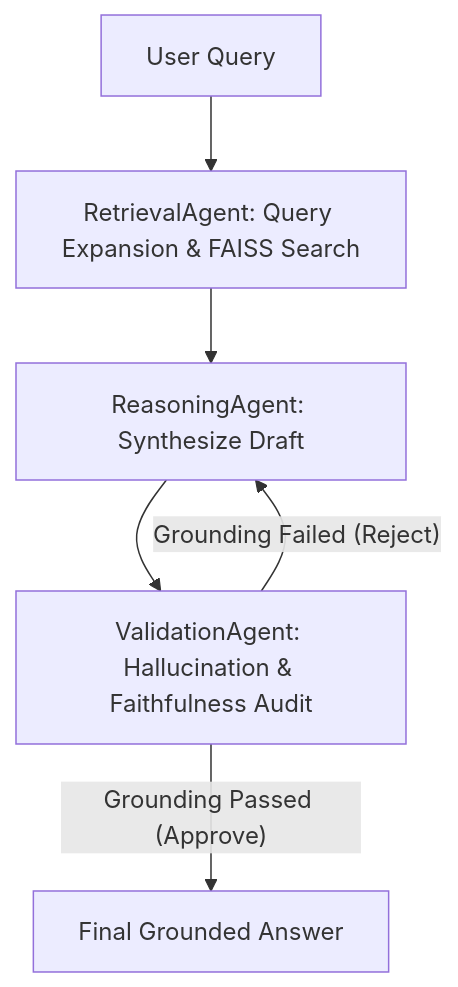
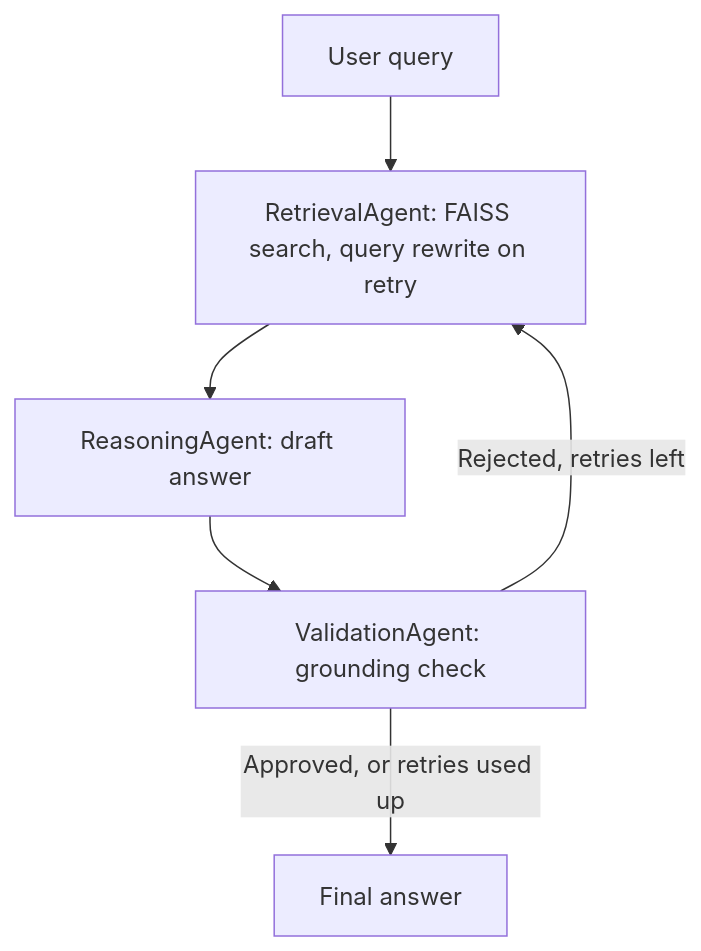
Before and after one commit to Zura16/Agentic-Research-System: the diagram in README.md, drawn with Mermaid. The commit also changed other lines of this file and 3 other files, not shown here.

````diff
--- a/README.md
+++ b/README.md
@@ -24,8 +17,8 @@
 ```mermaid
 graph TD
-    Query[User Query] --> RetrievalAgent[RetrievalAgent: Query Expansion & FAISS Search]
-    RetrievalAgent --> ReasoningAgent[ReasoningAgent: Synthesize Draft]
-    ReasoningAgent --> ValidationAgent[ValidationAgent: Hallucination & Faithfulness Audit]
-    ValidationAgent -- Grounding Failed (Reject) --> ReasoningAgent
-    ValidationAgent -- Grounding Passed (Approve) --> FinalAnswer[Final Grounded Answer]
+    Query[User query] --> Retrieve[RetrievalAgent: FAISS search, query rewrite on retry]
+    Retrieve --> Generate[ReasoningAgent: draft answer]
+    Generate --> Validate[ValidationAgent: grounding check]
+    Validate -- Rejected, retries left --> Retrieve
+    Validate -- Approved, or retries used up --> Final[Final answer]
 ```
````
